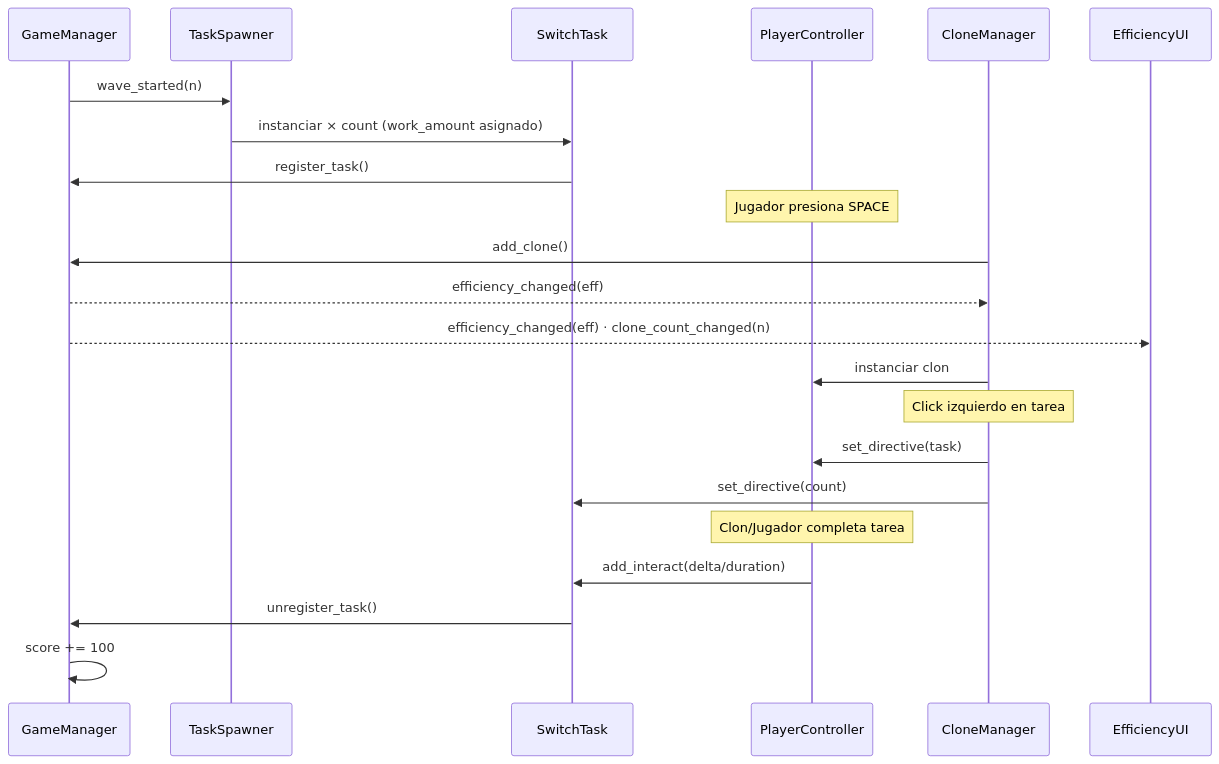
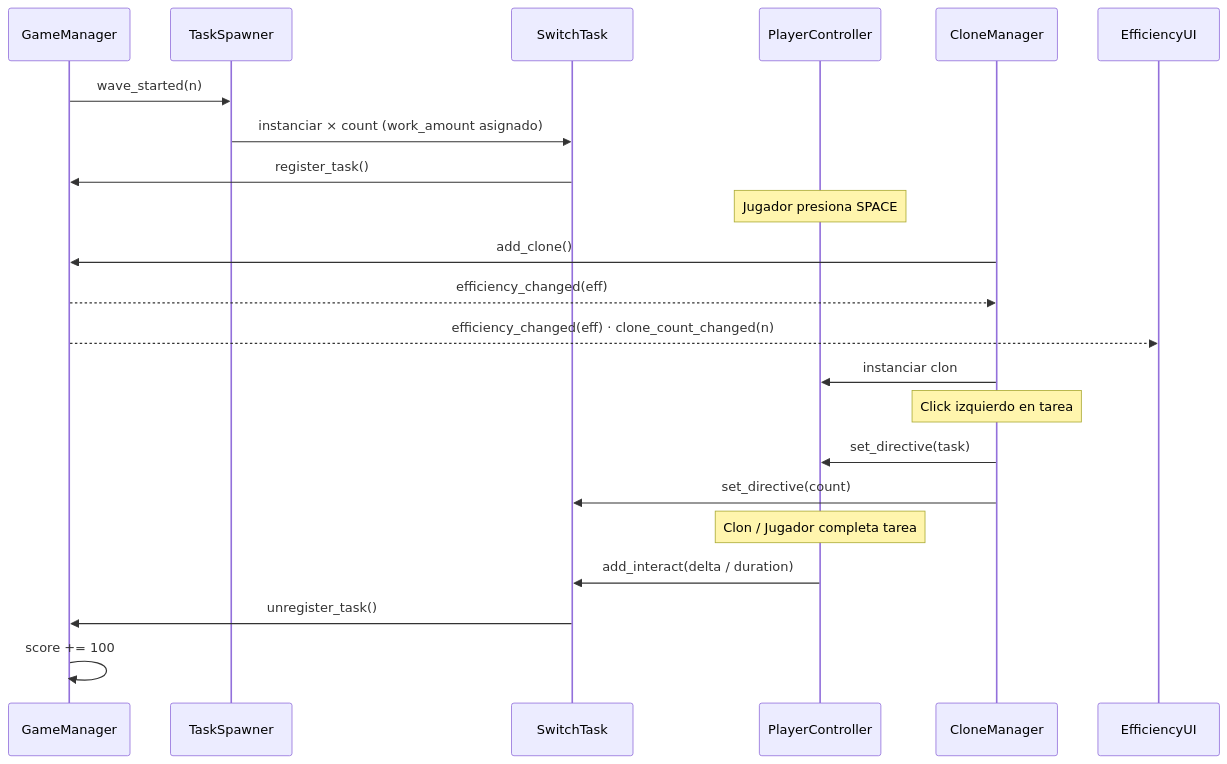
One commit to Carlos-creator/OverSplit changed the second of 2 diagrams in README.md. Above: the diagram before and after it, drawn with Mermaid. The commit also changed other lines of this file and 7 other files, not shown here.

````diff
--- a/README.md
+++ b/README.md
@@ -232,28 +245,28 @@
 ```mermaid
 sequenceDiagram
     participant GM as GameManager
     participant SP as TaskSpawner
     participant T  as SwitchTask
     participant P  as PlayerController
     participant CM as CloneManager
     participant UI as EfficiencyUI
 
     GM->>SP: wave_started(n)
     SP->>T: instanciar × count (work_amount asignado)
     T->>GM: register_task()
 
     Note over P: Jugador presiona SPACE
     CM->>GM: add_clone()
     GM-->>CM: efficiency_changed(eff)
     GM-->>UI: efficiency_changed(eff) · clone_count_changed(n)
     CM->>P: instanciar clon
 
     Note over CM: Click izquierdo en tarea
     CM->>P: set_directive(task)
     CM->>T: set_directive(count)
 
-    Note over P: Clon/Jugador completa tarea
-    P->>T: add_interact(delta/duration)
+    Note over P: Clon / Jugador completa tarea
+    P->>T: add_interact(delta / duration)
     T->>GM: unregister_task()
     GM->>GM: score += 100
 ```
````
